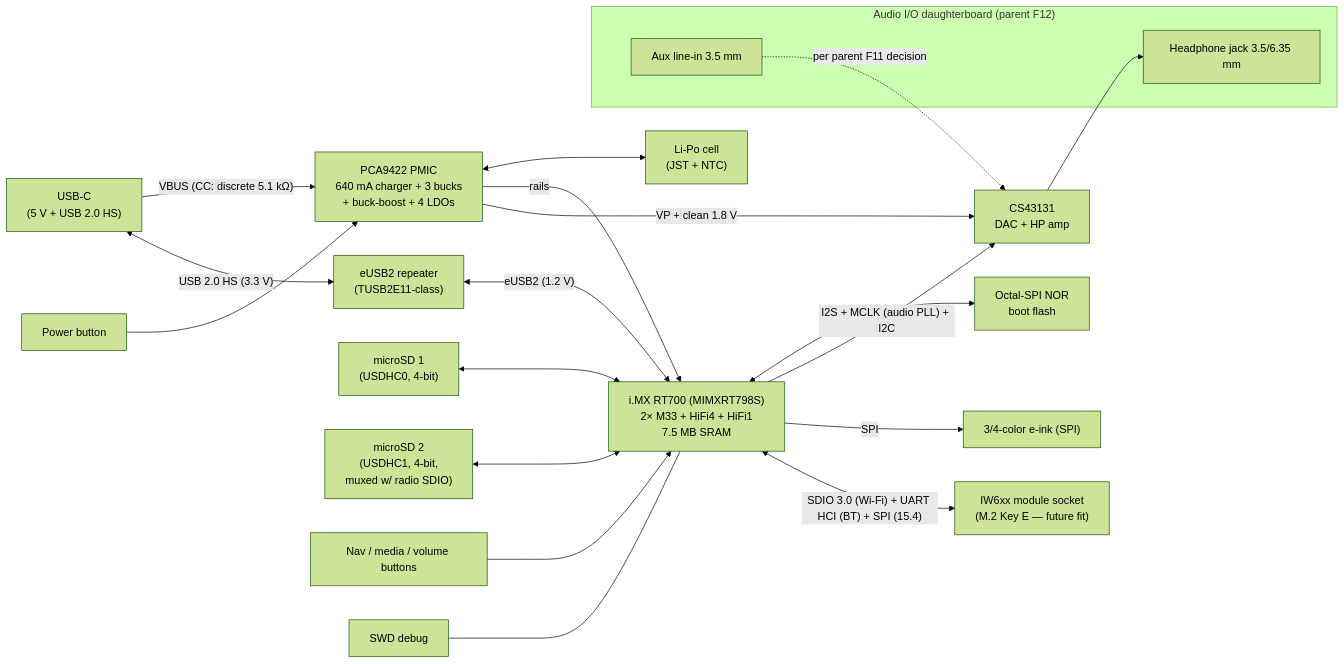
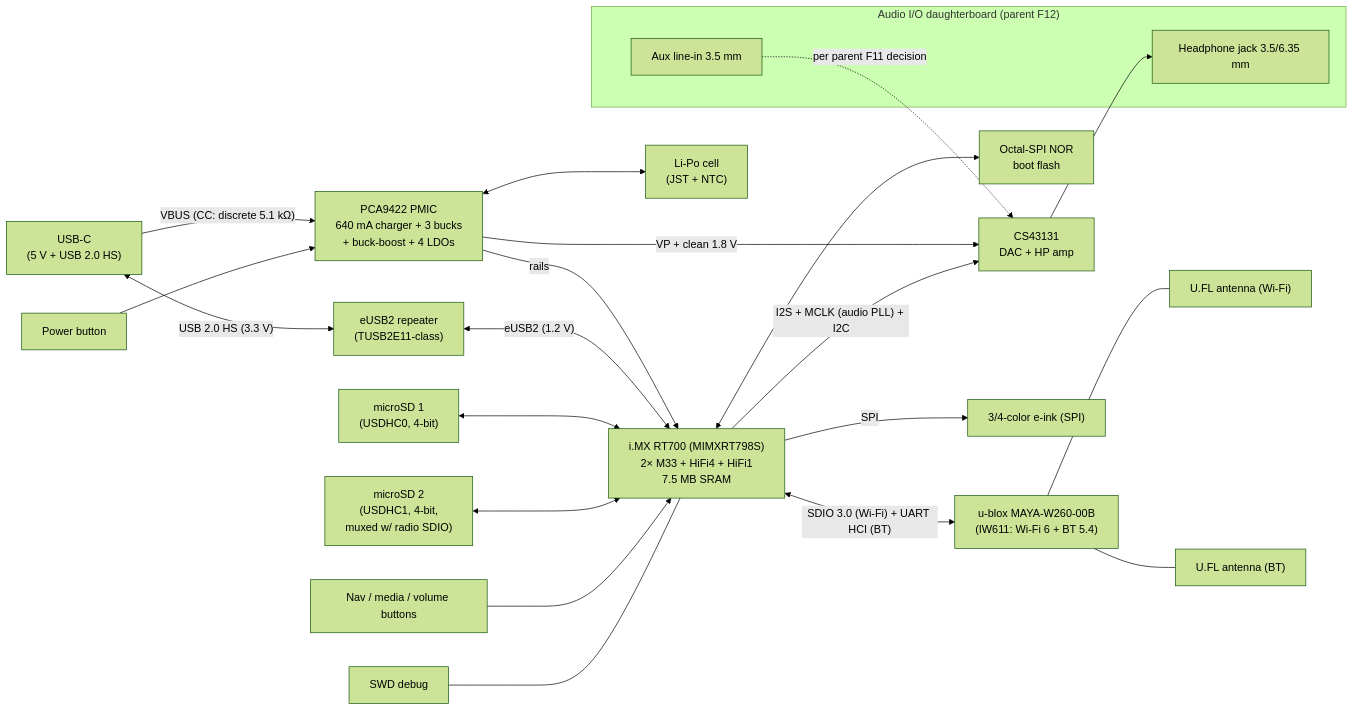
The diagram in EVT1.md (hoover55/osap), drawn with Mermaid (forest theme) before and after one commit. The commit also changed other lines of this file and 2 other files, not shown here.

First line of the commit message:
Integrate u-blox MAYA-W260-00B as the on-board wireless module

````diff
--- a/EVT1.md
+++ b/EVT1.md
@@ -63,39 +63,43 @@
 ```mermaid
 flowchart LR
     USBC["USB-C<br/>(5 V + USB 2.0 HS)"]
     PMIC["PCA9422 PMIC<br/>640 mA charger + 3 bucks<br/>+ buck-boost + 4 LDOs"]
     RPT["eUSB2 repeater<br/>(TUSB2E11-class)"]
     BATT["Li-Po cell<br/>(JST + NTC)"]
     PWRB["Power button"]
     MCU["i.MX RT700 (MIMXRT798S)<br/>2× M33 + HiFi4 + HiFi1<br/>7.5 MB SRAM"]
     FLASH["Octal-SPI NOR<br/>boot flash"]
-    RADIO["IW6xx module socket<br/>(M.2 Key E — future fit)"]
+    RADIO["u-blox MAYA-W260-00B<br/>(IW611: Wi-Fi 6 + BT 5.4)"]
+    ANT1["U.FL antenna (Wi-Fi)"]
+    ANT2["U.FL antenna (BT)"]
     DAC["CS43131<br/>DAC + HP amp"]
     SD1["microSD 1<br/>(USDHC0, 4-bit)"]
     SD2["microSD 2<br/>(USDHC1, 4-bit,<br/>muxed w/ radio SDIO)"]
     EINK["3/4-color e-ink (SPI)"]
     BTNS["Nav / media / volume buttons"]
     SWD["SWD debug"]
 
     subgraph DB["Audio I/O daughterboard (parent F12)"]
         JACK["Headphone jack 3.5/6.35 mm"]
         AUX["Aux line-in 3.5 mm"]
     end
 
     USBC -- "VBUS (CC: discrete 5.1 kΩ)" --> PMIC
     PMIC <--> BATT
     PWRB --> PMIC
     PMIC -- "rails" --> MCU
     PMIC -- "VP + clean 1.8 V" --> DAC
     USBC <-- "USB 2.0 HS (3.3 V)" --> RPT
     RPT <-- "eUSB2 (1.2 V)" --> MCU
     MCU <--> FLASH
     MCU -- "I2S + MCLK (audio PLL) + I2C" --> DAC --> JACK
     AUX -. "per parent F11 decision" .-> DAC
     SD1 <--> MCU
     SD2 <--> MCU
     MCU -- "SPI" --> EINK
     BTNS --> MCU
     SWD --- MCU
-    MCU <-- "SDIO 3.0 (Wi-Fi) + UART HCI (BT) + SPI (15.4)" --> RADIO
+    MCU <-- "SDIO 3.0 (Wi-Fi) + UART HCI (BT)" --> RADIO
+    RADIO --- ANT1
+    RADIO --- ANT2
 ```
````
